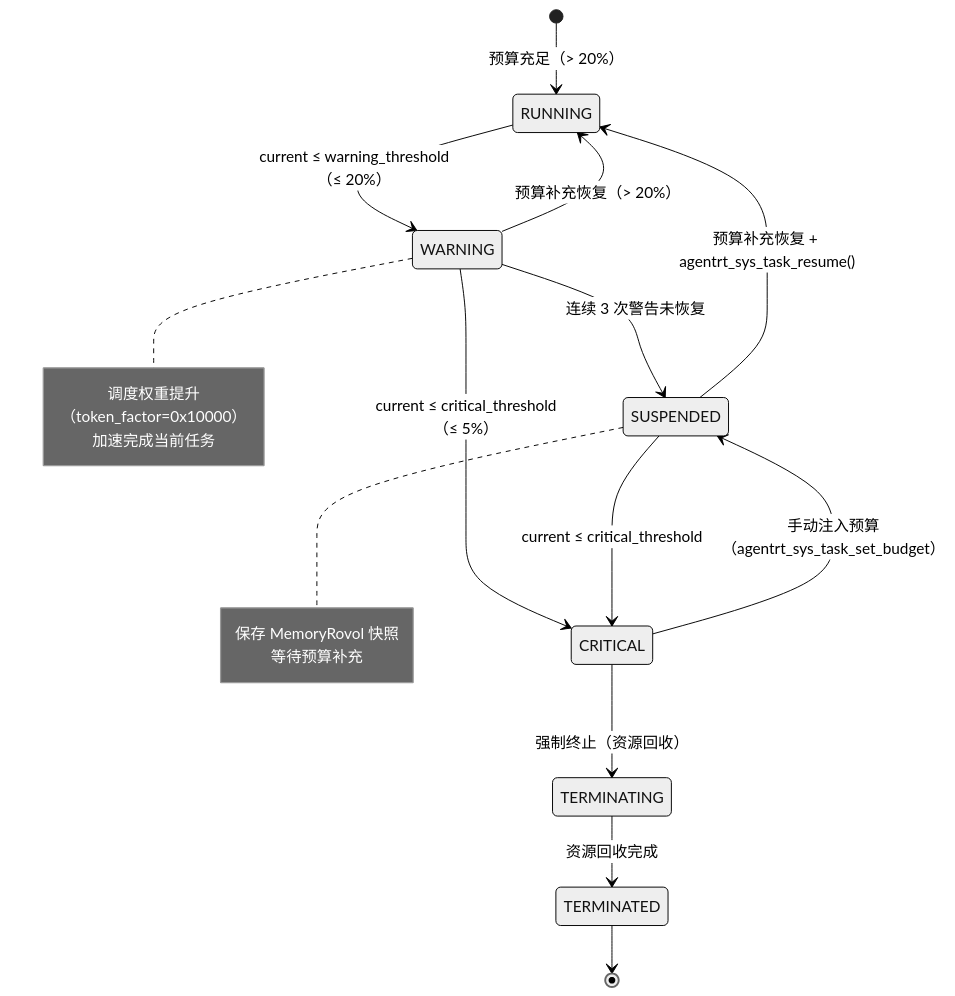
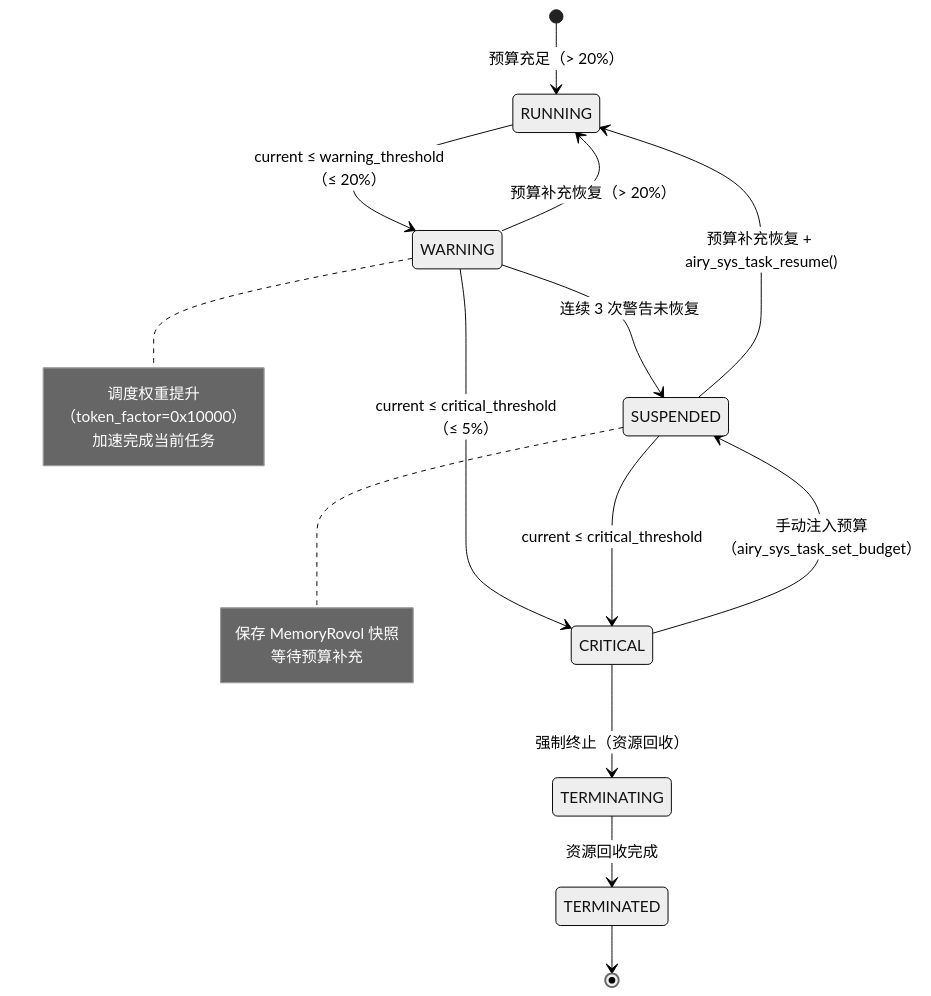
Before and after one commit to openairymax/docs-linux: the second of 2 diagrams in 140-application-development/04-token-budget.md, drawn with Mermaid (neutral theme). The commit also changed other lines of this file and 132 other files, not shown here.

Commit message:
chore: 完成全项目命名空间从agentrt到airy的统一替换 本次提交完成了代码库中所有`agentrt_`相关命名空间、宏定义、标识符的统一替换，改为`airy_`前缀，同时完成了部分文档的排版优化与路径修正： 1. 替换了所有API函数、结构体、宏定义的命名前缀 2. 更新了文档中的示例代码与引用路径

````diff
--- a/140-application-development/04-token-budget.md
+++ b/140-application-development/04-token-budget.md
@@ -381,28 +381,28 @@
 ```mermaid
 stateDiagram-v2
     [*] --> RUNNING: 预算充足（> 20%）
 
     RUNNING --> WARNING: current ≤ warning_threshold（≤ 20%）
     WARNING --> RUNNING: 预算补充恢复（> 20%）
     WARNING --> SUSPENDED: 连续 3 次警告未恢复
     WARNING --> CRITICAL: current ≤ critical_threshold（≤ 5%）
 
-    SUSPENDED --> RUNNING: 预算补充恢复 + agentrt_sys_task_resume()
+    SUSPENDED --> RUNNING: 预算补充恢复 + airy_sys_task_resume()
     SUSPENDED --> CRITICAL: current ≤ critical_threshold
 
     CRITICAL --> TERMINATING: 强制终止（资源回收）
-    CRITICAL --> SUSPENDED: 手动注入预算（agentrt_sys_task_set_budget）
+    CRITICAL --> SUSPENDED: 手动注入预算（airy_sys_task_set_budget）
 
     TERMINATING --> TERMINATED: 资源回收完成
     TERMINATED --> [*]
 
     note right of WARNING
         调度权重提升（token_factor=0x10000）
         加速完成当前任务
     end note
 
     note right of SUSPENDED
         保存 MemoryRovol 快照
         等待预算补充
     end note
 ```
````
